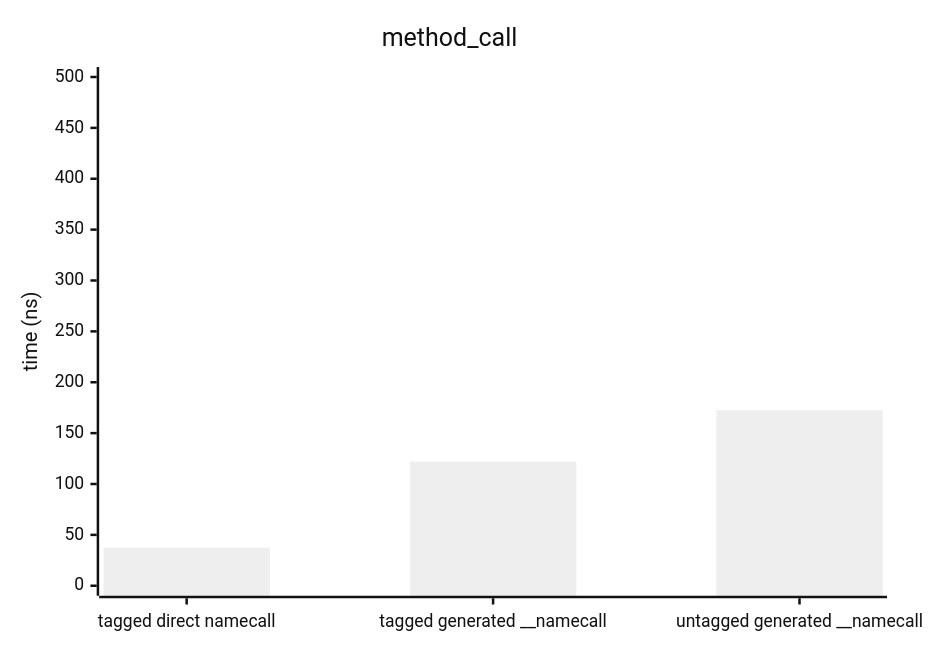
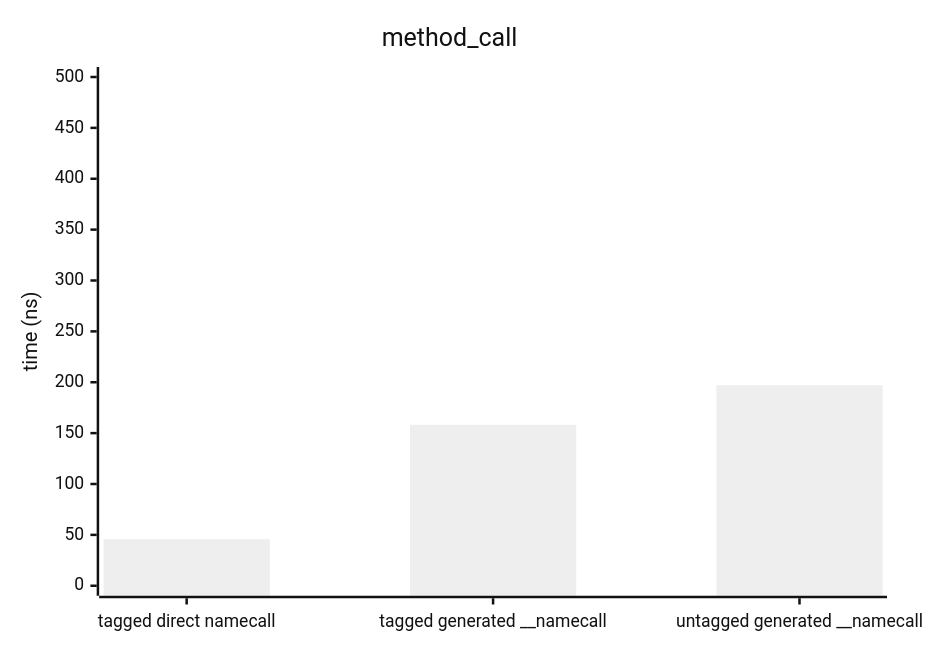
The third of 7 diagrams in BENCHMARKS.md (DreamWeave-MP/l3i), drawn with Mermaid (neutral theme) before and after one commit. The commit also changed other lines of this file and 2 other files, not shown here.

````diff
--- a/BENCHMARKS.md
+++ b/BENCHMARKS.md
@@ -54,7 +54,7 @@
 ```mermaid
 xychart-beta
     title "method_call"
     x-axis ["tagged direct namecall", "tagged generated __namecall", "untagged generated __namecall"]
     y-axis "time (ns)" 0 --> 500.00
-    bar [37.51, 122.02, 172.47]
+    bar [45.76, 158.12, 197.03]
 ```
````
